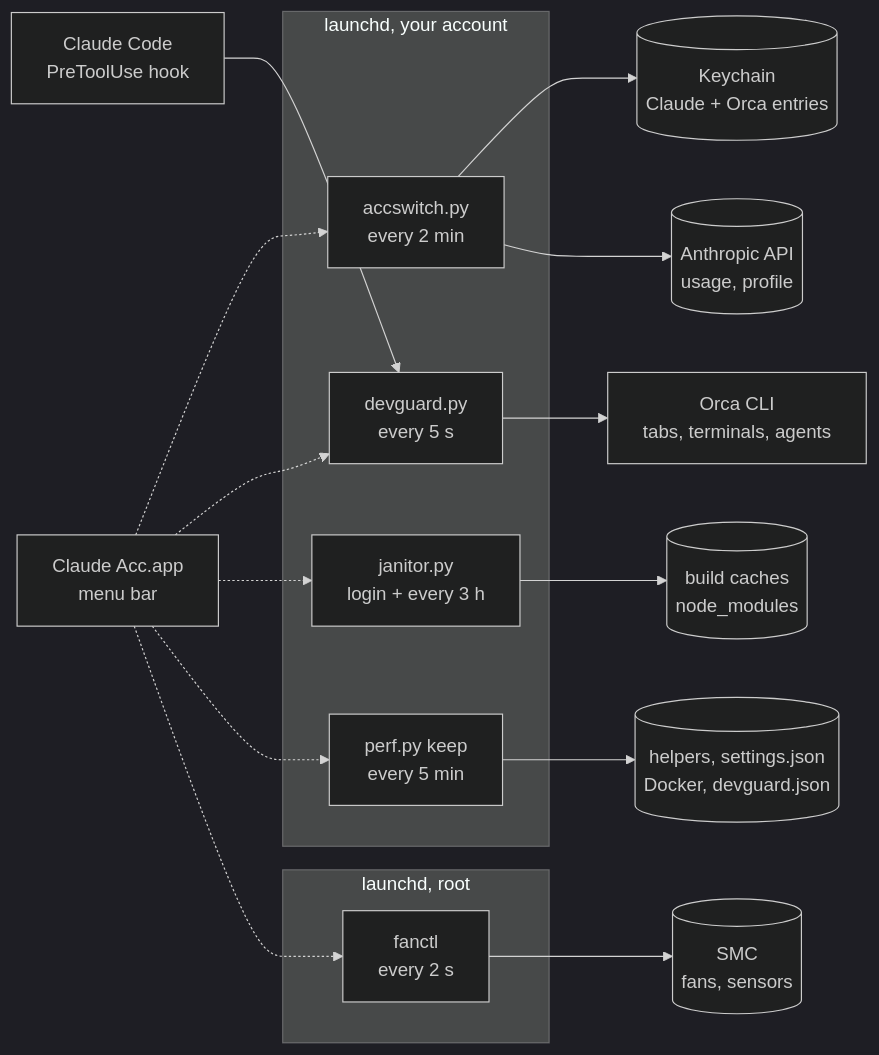
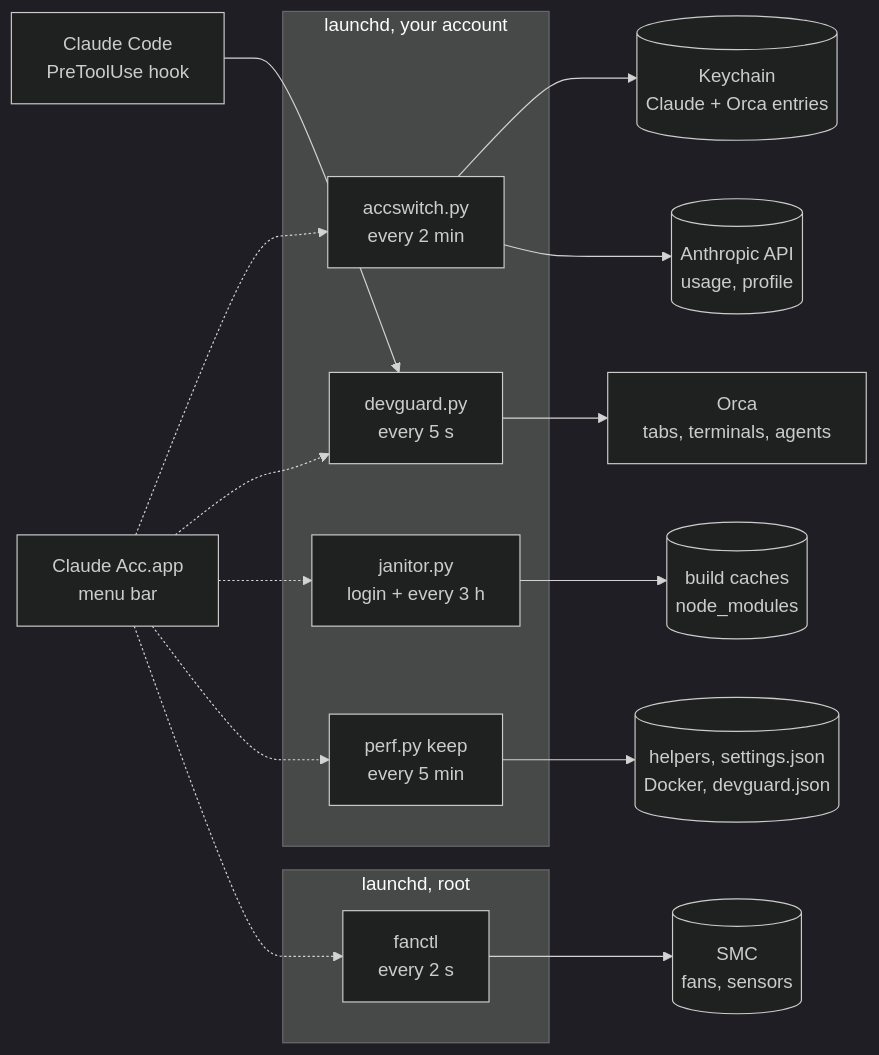
The diagram in README.md (outof-place/claude-acc), drawn with Mermaid (dark theme) before and after one commit. The commit also changed other lines of this file, not shown here.

````diff
--- a/README.md
+++ b/README.md
@@ -55,27 +55,27 @@
 ```mermaid
 flowchart LR
     app["Claude Acc.app<br/>menu bar"]
     subgraph user["launchd, your account"]
         tick["accswitch.py<br/>every 2 min"]
         guard["devguard.py<br/>every 5 s"]
         janitor["janitor.py<br/>login + every 3 h"]
         perf["perf.py keep<br/>every 5 min"]
     end
     subgraph root["launchd, root"]
         fans["fanctl<br/>every 2 s"]
     end
     hook["Claude Code<br/>PreToolUse hook"]
     keychain[("Keychain<br/>Claude + Orca entries")]
     api[("Anthropic API<br/>usage, profile")]
-    orca["Orca CLI<br/>tabs, terminals, agents"]
+    orca["Orca<br/>tabs, terminals, agents"]
     disk[("build caches<br/>node_modules")]
     tuned[("helpers, settings.json<br/>Docker, devguard.json")]
     smc[("SMC<br/>fans, sensors")]
     app -.-> tick & guard & janitor & perf & fans
     tick --> keychain & api
     guard --> orca
     janitor --> disk
     perf --> tuned
     fans --> smc
     hook --> guard
 ```
````
